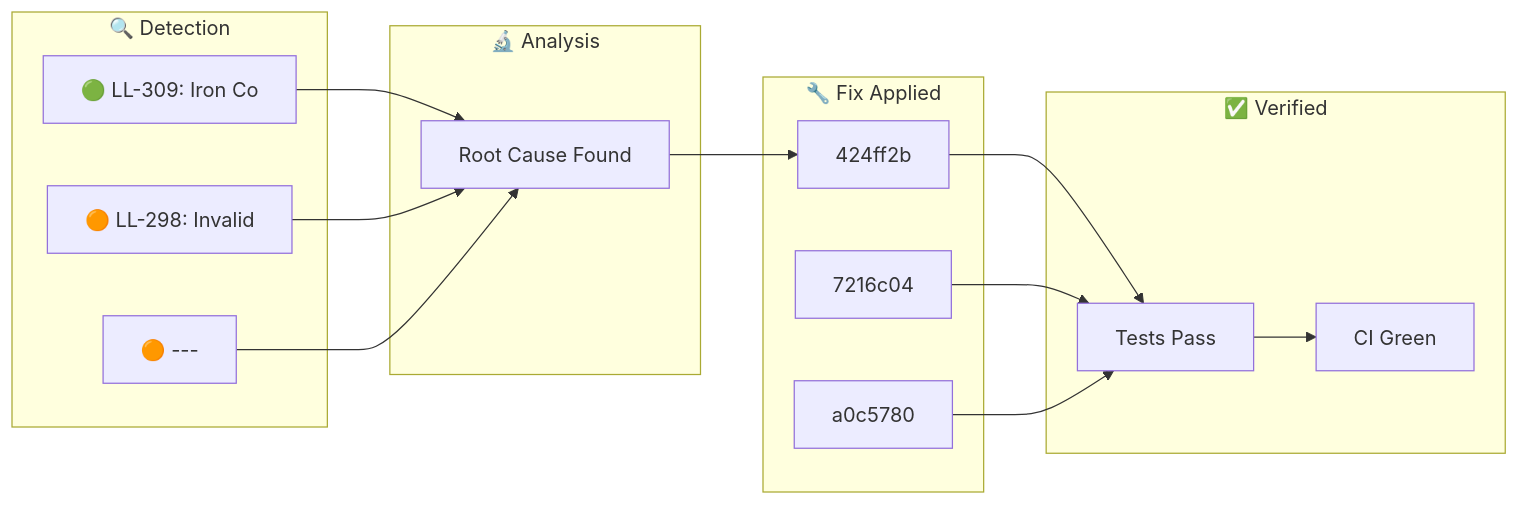
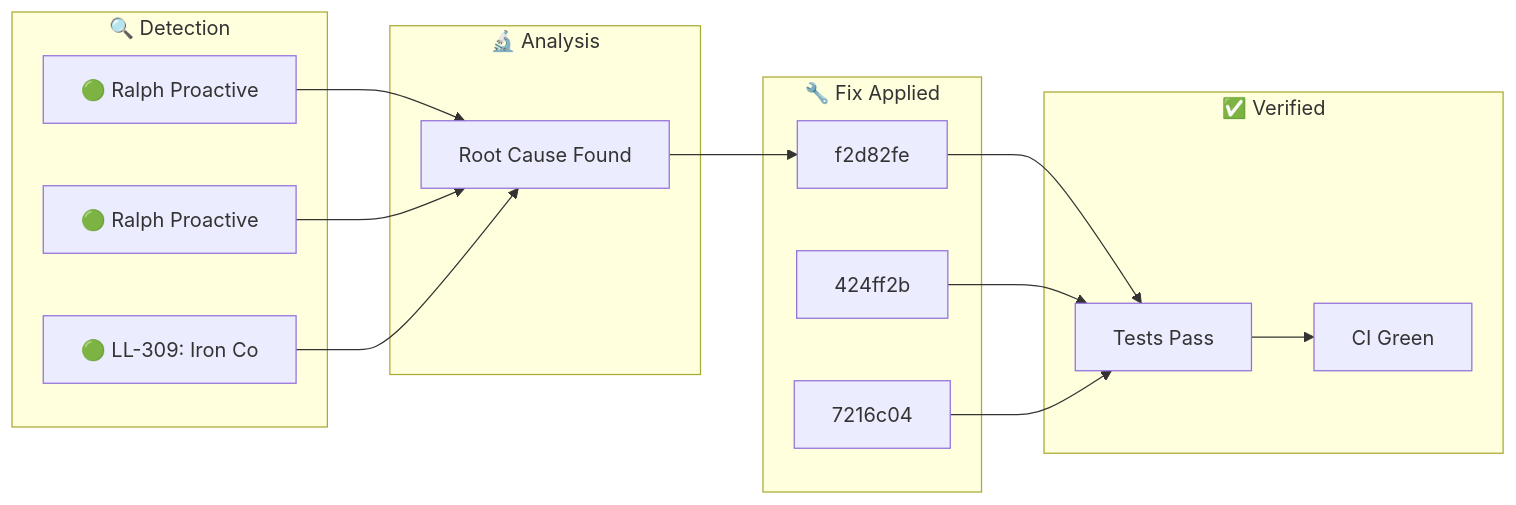
One commit to YoByron/trading changed the diagram in docs/_posts/2026-01-27-ralph-discovery.md. Above: the diagram before and after it, drawn with Mermaid. The commit also changed other lines of this file, not shown here.

Commit message:
docs(ralph): Auto-publish discovery blog post

````diff
--- a/docs/_posts/2026-01-27-ralph-discovery.md
+++ b/docs/_posts/2026-01-27-ralph-discovery.md
@@ -17,28 +17,28 @@
 ```mermaid
 flowchart LR
     subgraph Detection["🔍 Detection"]
-        D1["🟢 LL-309: Iron Co"]
-        D2["🟠 LL-298: Invalid"]
-        D3["🟠 ---"]
+        D1["🟢 Ralph Proactive"]
+        D2["🟢 Ralph Proactive"]
+        D3["🟢 LL-309: Iron Co"]
     end
     subgraph Analysis["🔬 Analysis"]
         A1["Root Cause Found"]
     end
     subgraph Fix["🔧 Fix Applied"]
-        F1["424ff2b"]
-        F2["7216c04"]
-        F3["a0c5780"]
+        F1["f2d82fe"]
+        F2["424ff2b"]
+        F3["7216c04"]
     end
     subgraph Verify["✅ Verified"]
         V1["Tests Pass"]
         V2["CI Green"]
     end
     D1 --> A1
     D2 --> A1
     D3 --> A1
     A1 --> F1
     F1 --> V1
     F2 --> V1
     F3 --> V1
     V1 --> V2
 ```
````
